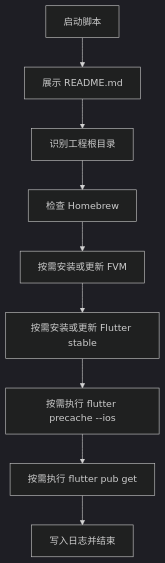
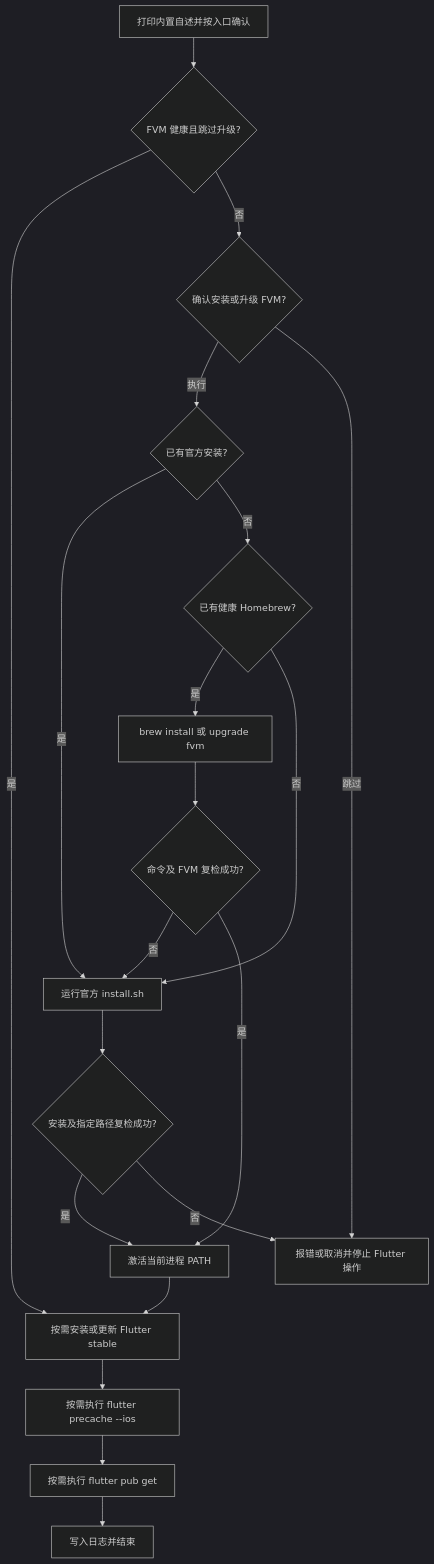
Before and after one commit to JobsKits/JobsSwiftBaseConfigDemo: the diagram in ScriptsByPods/配置Flutter环境.sh/README.md, drawn with Mermaid (dark theme). The commit also changed other lines of this file and 53 other files, not shown here.

````diff
--- a/ScriptsByPods/配置Flutter环境.sh/README.md
+++ b/ScriptsByPods/配置Flutter环境.sh/README.md
@@ -61,11 +65,22 @@
   ```mermaid
   flowchart TD
-    A["启动脚本"] --> B["展示 README.md"]
-    B --> C["识别工程根目录"]
-    C --> D["检查 Homebrew"]
-    D --> E["按需安装或更新 FVM"]
-    E --> F["按需安装或更新 Flutter stable"]
+    A["打印内置自述并按入口确认"] --> B{"FVM 健康且跳过升级?"}
+    B -->|是| F["按需安装或更新 Flutter stable"]
+    B -->|否| C{"确认安装或升级 FVM?"}
+    C -->|执行| D{"已有官方安装?"}
+    C -->|跳过| X["报错或取消并停止 Flutter 操作"]
+    D -->|是| O["运行官方 install.sh"]
+    D -->|否| E{"已有健康 Homebrew?"}
+    E -->|是| I["brew install 或 upgrade fvm"]
+    E -->|否| O
+    I --> J{"命令及 FVM 复检成功?"}
+    J -->|否| O
+    J -->|是| P["激活当前进程 PATH"]
+    O --> K{"安装及指定路径复检成功?"}
+    K -->|是| P
+    K -->|否| X
+    P --> F
     F --> G["按需执行 flutter precache --ios"]
     G --> H["按需执行 flutter pub get"]
     H --> Z["写入日志并结束"]
   ```
````
